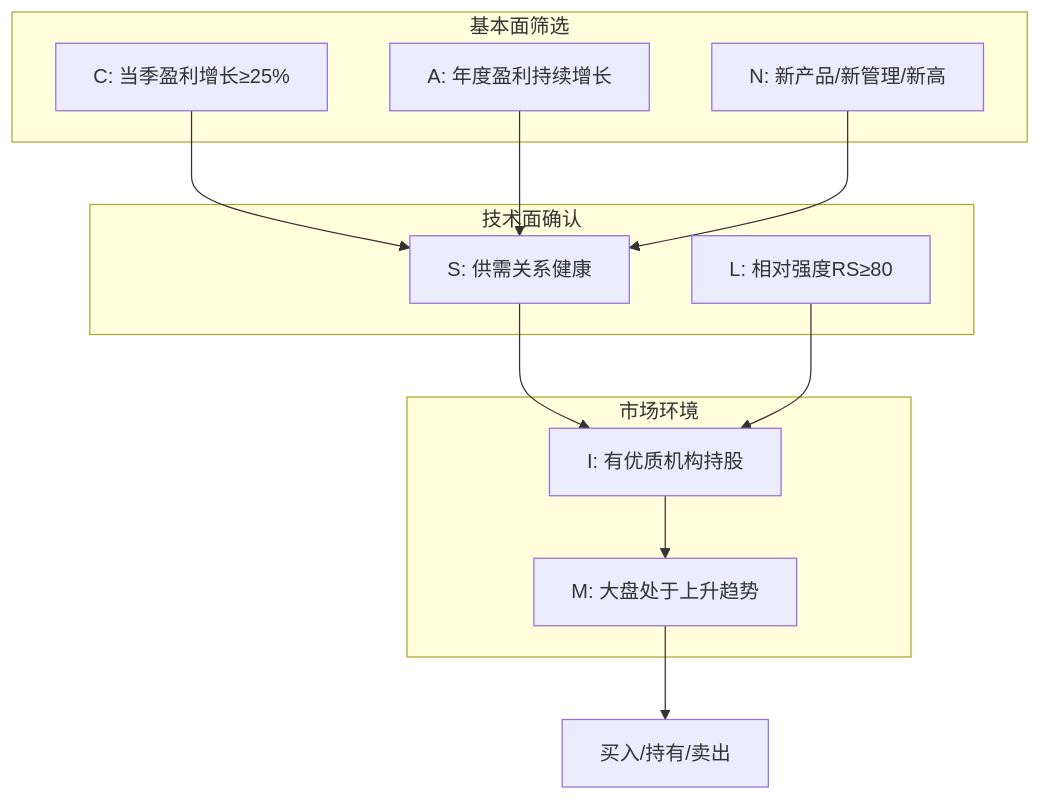
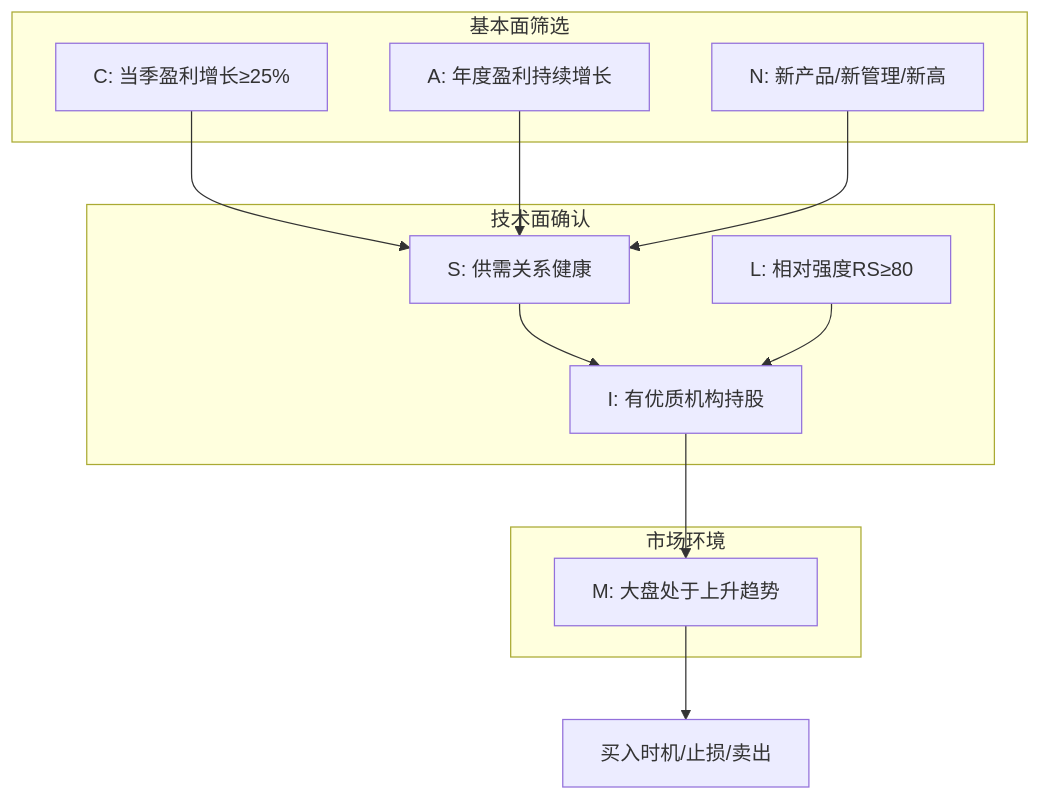
One commit to xdawayer/obsidian changed the diagram in 知识库/经济类/《笑傲股市》 - 威廉·欧奈尔.md. Above: the diagram before and after it, drawn with Mermaid. The commit also changed other lines of this file and 85 other files, not shown here.

````diff
--- a/知识库/经济类/《笑傲股市》 - 威廉·欧奈尔.md
+++ b/知识库/经济类/《笑傲股市》 - 威廉·欧奈尔.md
@@ -37,26 +45,26 @@
 ```mermaid
 flowchart TB
     subgraph 基本面筛选
         C[C: 当季盈利增长≥25%]
         A[A: 年度盈利持续增长]
         N[N: 新产品/新管理/新高]
     end
 
     subgraph 技术面确认
         S[S: 供需关系健康]
         L[L: 相对强度RS≥80]
+        I[I: 有优质机构持股]
     end
 
     subgraph 市场环境
-        I[I: 有优质机构持股]
         M[M: 大盘处于上升趋势]
     end
 
     C --> S
     A --> S
     N --> S
     S --> I
     L --> I
     I --> M
-    M --> 决策[买入/持有/卖出]
+    M --> 执行[买入时机/止损/卖出]
 ```
````
